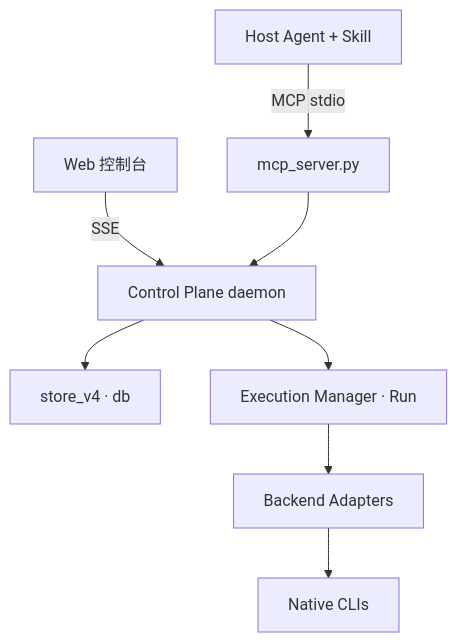
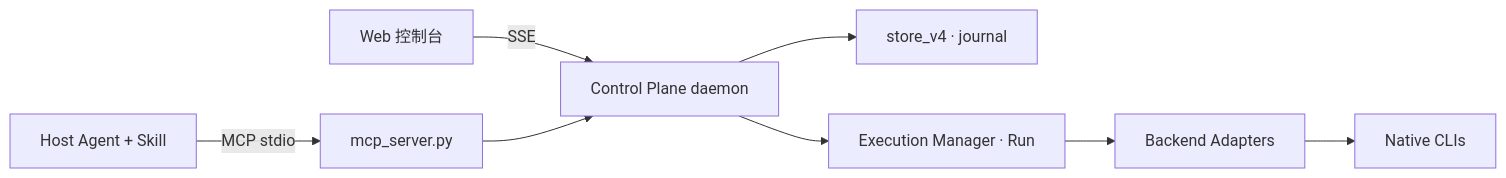
The diagram in README.md (37chengshan/agent-mcp), drawn with Mermaid before and after one commit. The commit also changed other lines of this file and 48 other files, not shown here.

````diff
--- a/README.md
+++ b/README.md
@@ -114,10 +56,10 @@
 ```mermaid
-flowchart TB
+flowchart LR
   Host["Host Agent + Skill"] -->|MCP stdio| MCP["mcp_server.py"]
   Web["Web 控制台"] -->|SSE| CP["Control Plane daemon"]
   MCP --> CP
-  CP --> Store["store_v4 · db"]
+  CP --> Store["store_v4 · journal"]
   CP --> EM["Execution Manager · Run"]
   EM --> Ad["Backend Adapters"]
   Ad --> RT["Native CLIs"]
 ```
````
